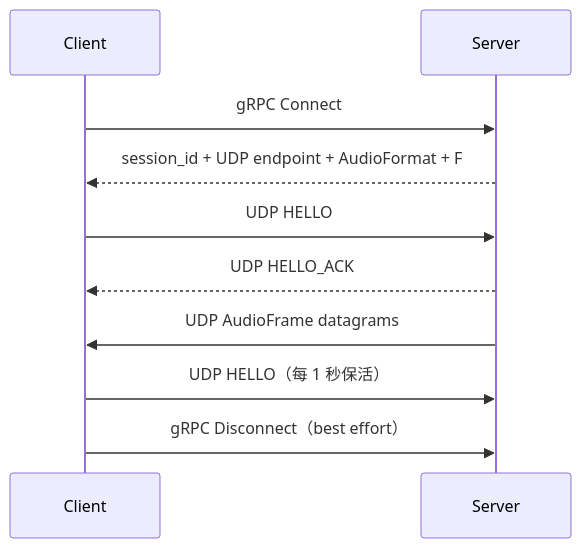
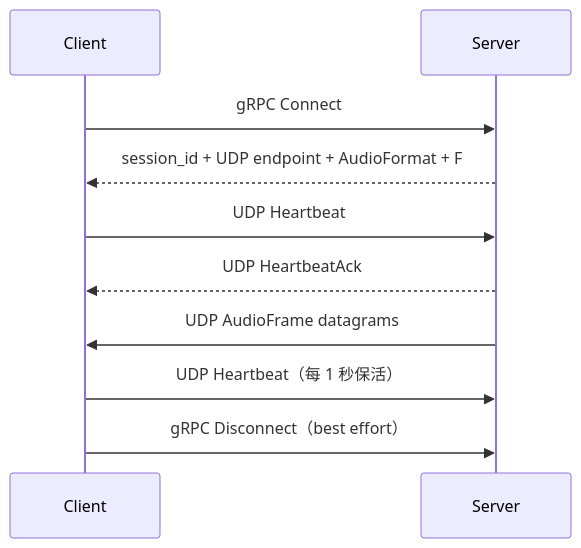
Before and after one commit to aquawius/aqua: the diagram in README_zh.md, drawn with Mermaid. The commit also changed other lines of this file and 61 other files, not shown here.

````diff
--- a/README_zh.md
+++ b/README_zh.md
@@ -159,12 +159,12 @@
 ```mermaid
 sequenceDiagram
     participant C as Client
     participant S as Server
     C ->> S: gRPC Connect
     S -->> C: session_id + UDP endpoint + AudioFormat + F
-    C ->> S: UDP HELLO
-    S -->> C: UDP HELLO_ACK
+    C ->> S: UDP Heartbeat
+    S -->> C: UDP HeartbeatAck
     S ->> C: UDP AudioFrame datagrams
-    C ->> S: UDP HELLO（每 1 秒保活）
+    C ->> S: UDP Heartbeat（每 1 秒保活）
     C ->> S: gRPC Disconnect（best effort）
 ```
````
